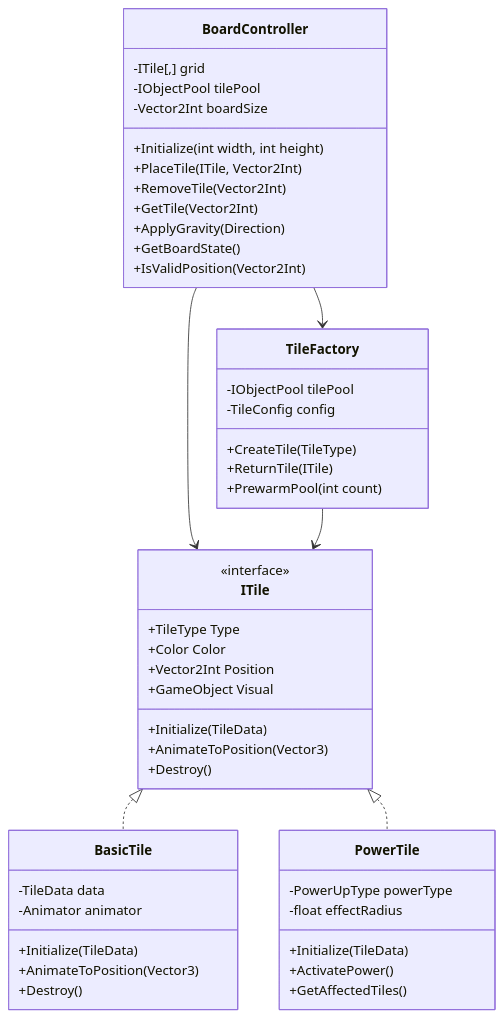
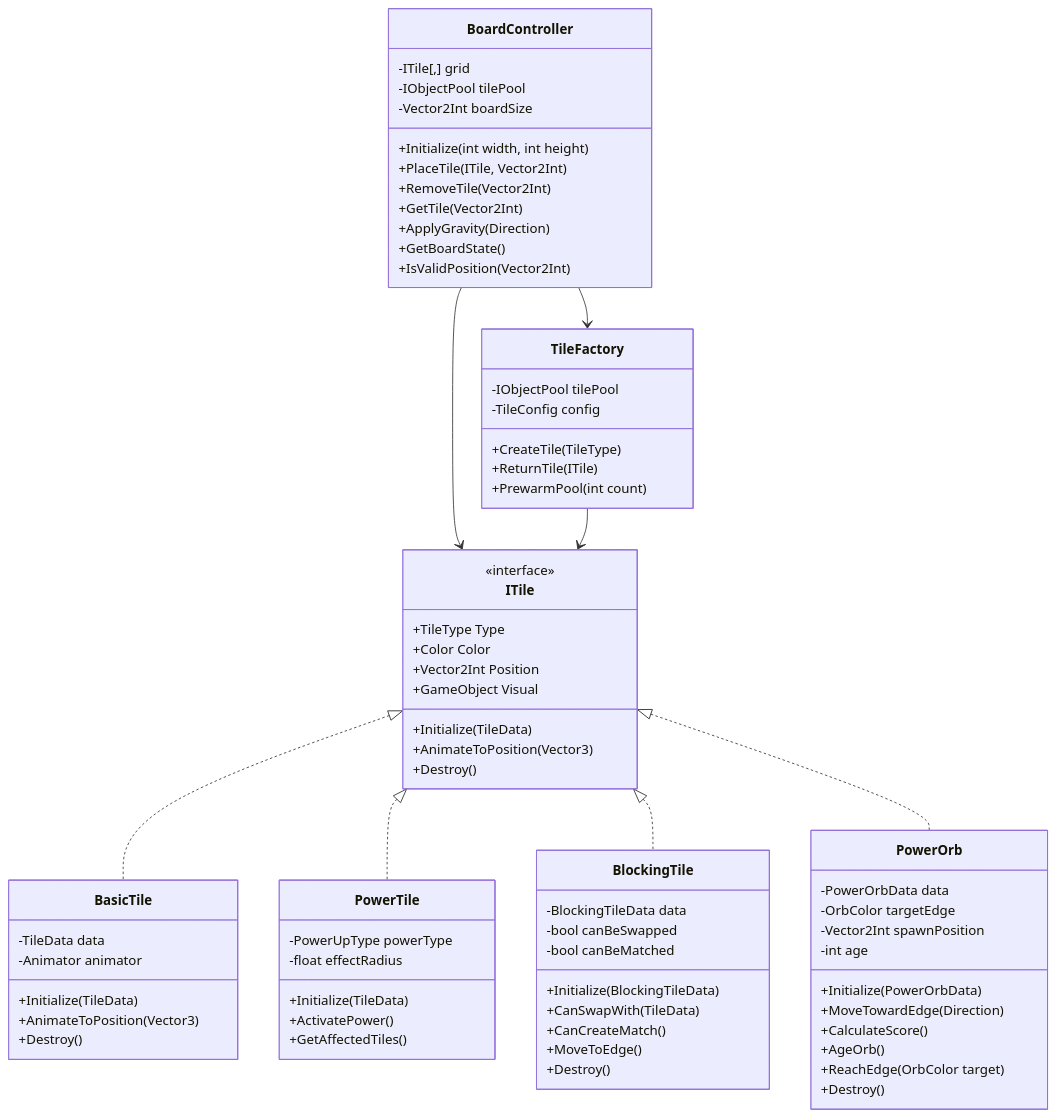
One commit to uriahwhitt/SWITCH changed the fifth of 33 diagrams in docs/architecture/SWITCH_system_architecture.md. Above: the diagram before and after it, drawn with Mermaid. The commit also changed other lines of this file and 42 other files, not shown here.

````diff
--- a/docs/architecture/SWITCH_system_architecture.md
+++ b/docs/architecture/SWITCH_system_architecture.md
@@ -240,56 +255,82 @@
 ```mermaid
 classDiagram
     class BoardController {
         -ITile[,] grid
         -IObjectPool tilePool
         -Vector2Int boardSize
         +Initialize(int width, int height)
         +PlaceTile(ITile, Vector2Int)
         +RemoveTile(Vector2Int)
         +GetTile(Vector2Int)
         +ApplyGravity(Direction)
         +GetBoardState()
         +IsValidPosition(Vector2Int)
     }
     
     class ITile {
         <<interface>>
         +TileType Type
         +Color Color
         +Vector2Int Position
         +GameObject Visual
         +Initialize(TileData)
         +AnimateToPosition(Vector3)
         +Destroy()
     }
     
     class BasicTile {
         -TileData data
         -Animator animator
         +Initialize(TileData)
         +AnimateToPosition(Vector3)
         +Destroy()
     }
     
     class PowerTile {
         -PowerUpType powerType
         -float effectRadius
         +Initialize(TileData)
         +ActivatePower()
         +GetAffectedTiles()
     }
     
+    class BlockingTile {
+        -BlockingTileData data
+        -bool canBeSwapped
+        -bool canBeMatched
+        +Initialize(BlockingTileData)
+        +CanSwapWith(TileData)
+        +CanCreateMatch()
+        +MoveToEdge()
+        +Destroy()
+    }
+    
+    class PowerOrb {
+        -PowerOrbData data
+        -OrbColor targetEdge
+        -Vector2Int spawnPosition
+        -int age
+        +Initialize(PowerOrbData)
+        +MoveTowardEdge(Direction)
+        +CalculateScore()
+        +AgeOrb()
+        +ReachEdge(OrbColor target)
+        +Destroy()
+    }
+    
     class TileFactory {
         -IObjectPool tilePool
         -TileConfig config
         +CreateTile(TileType)
         +ReturnTile(ITile)
         +PrewarmPool(int count)
     }
     
     BoardController --> ITile
     ITile <|.. BasicTile
     ITile <|.. PowerTile
+    ITile <|.. BlockingTile
+    ITile <|.. PowerOrb
     BoardController --> TileFactory
     TileFactory --> ITile
 ```
````
